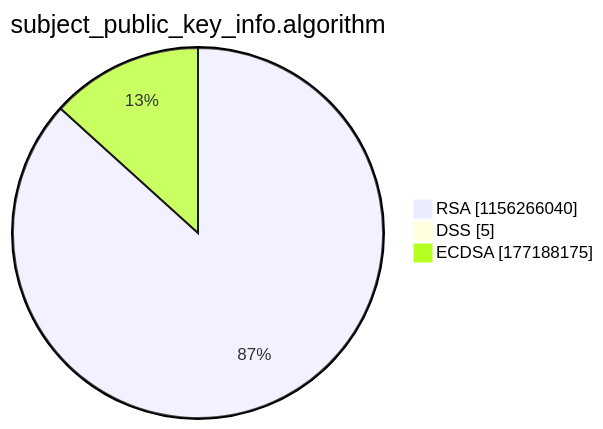
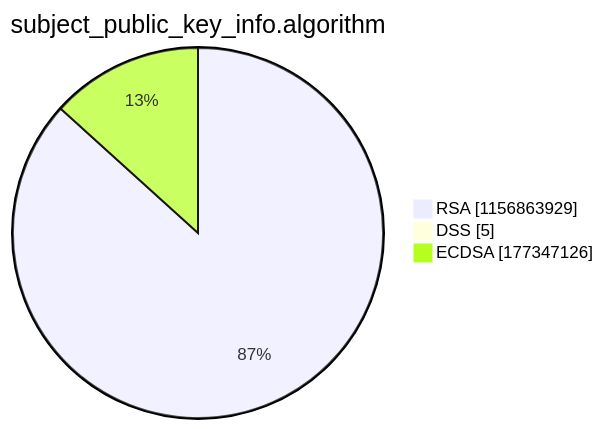
Before and after one commit to christiankrug/ctmonitor_visualization: the third of 15 diagrams in argon2022/README.md, drawn with Mermaid. The commit also changed other lines of this file, not shown here.

````diff
--- a/argon2022/README.md
+++ b/argon2022/README.md
@@ -14,7 +14,7 @@
 ```mermaid
 pie showData
 title subject_public_key_info.algorithm
-"RSA" :1156266040
+"RSA" :1156863929
 "DSS" :5
-"ECDSA" :177188175
+"ECDSA" :177347126
 ```
````
